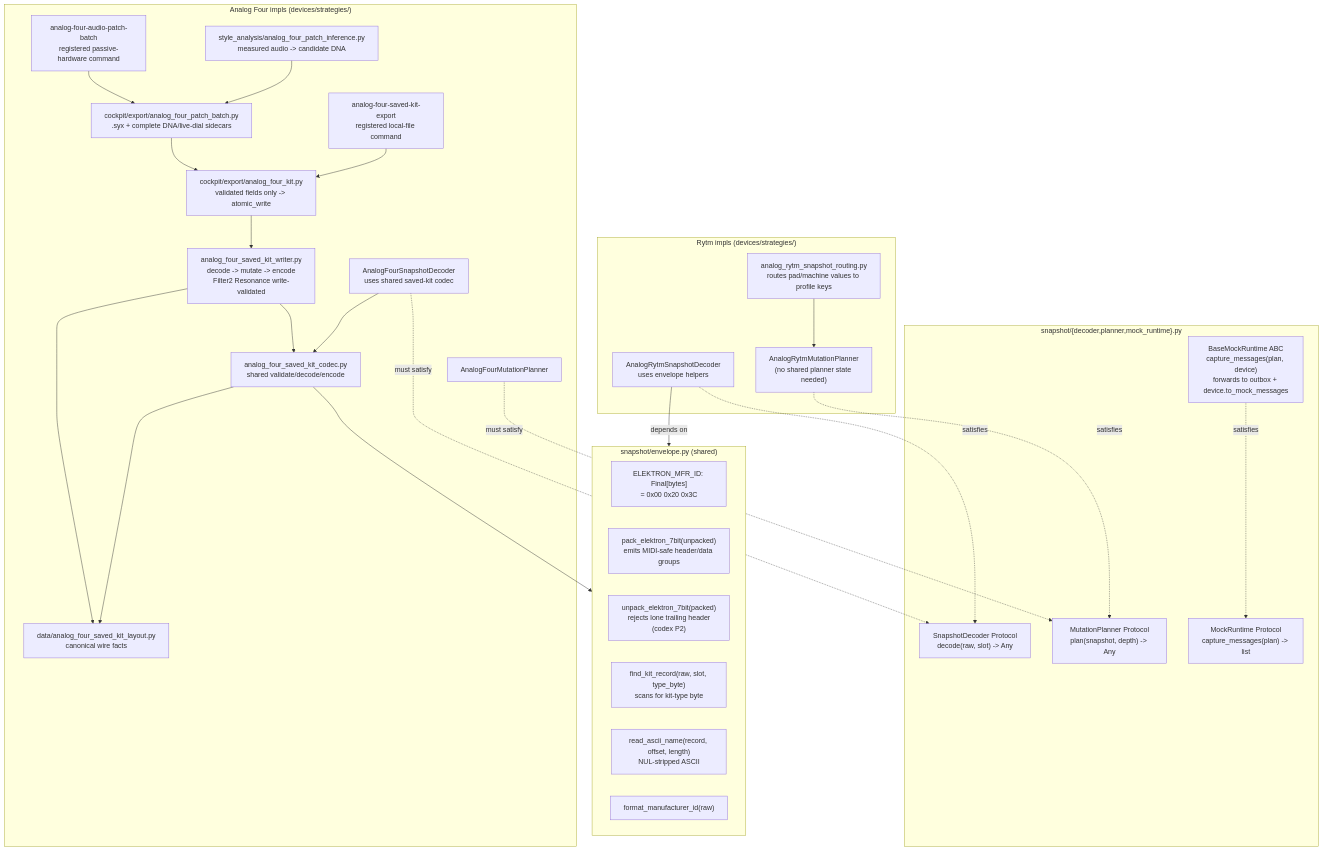
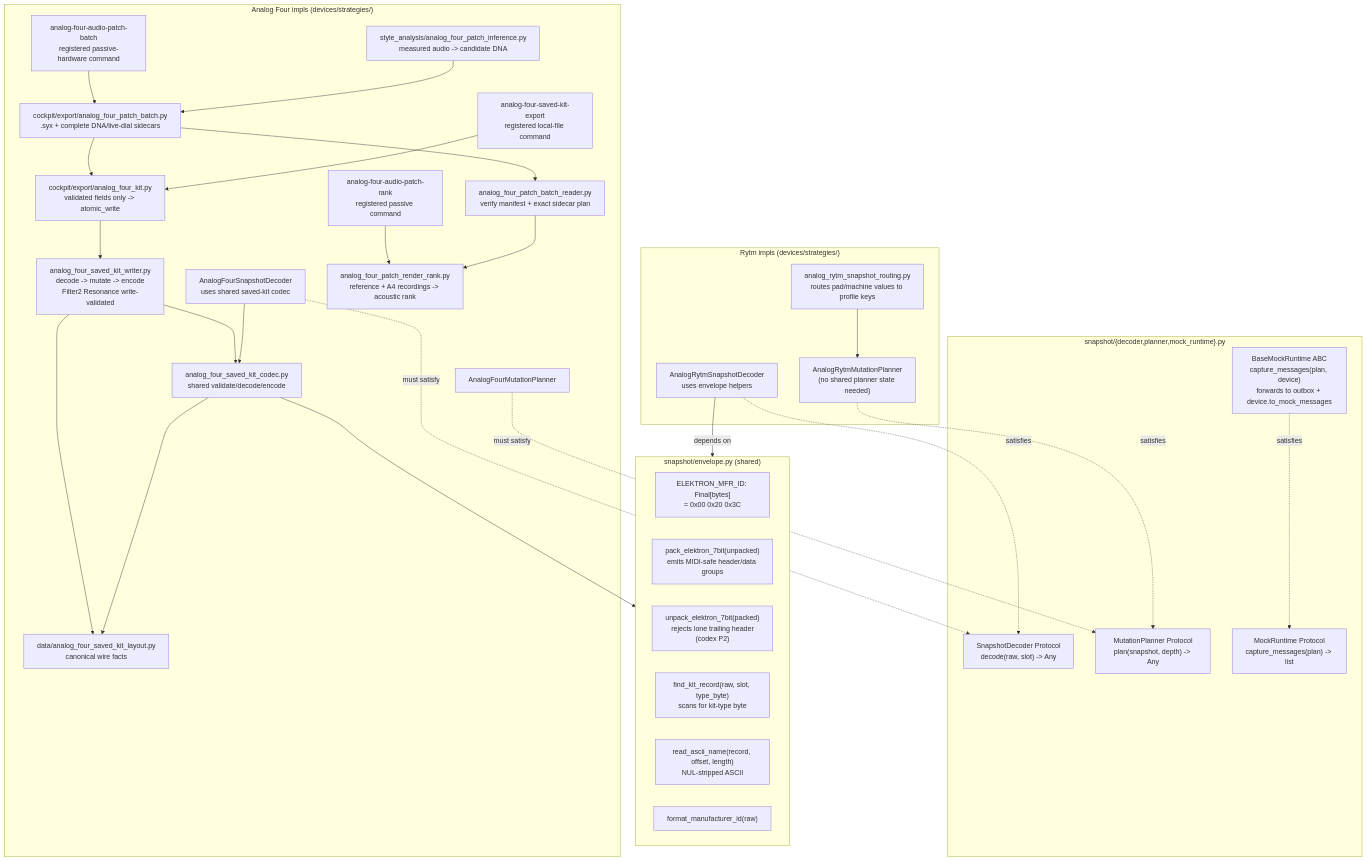
The ninth of 34 diagrams in docs/ARCHITECTURE_DIAGRAMS.md (buzzijose-hub/RytmRandomizer), drawn with Mermaid before and after one commit. The commit also changed other lines of this file and 32 other files, not shown here.

````diff
--- a/docs/ARCHITECTURE_DIAGRAMS.md
+++ b/docs/ARCHITECTURE_DIAGRAMS.md
@@ -714,57 +714,63 @@
 ```mermaid
 flowchart TB
     subgraph Envelope["snapshot/envelope.py (shared)"]
         MFR_ID["ELEKTRON_MFR_ID: Final[bytes]<br/>= 0x00 0x20 0x3C"]
         Pack["pack_elektron_7bit(unpacked)<br/>emits MIDI-safe header/data groups"]
         Unpack["unpack_elektron_7bit(packed)<br/>rejects lone trailing header<br/>(codex P2)"]
         FindKit["find_kit_record(raw, slot, type_byte)<br/>scans for kit-type byte"]
         ReadName["read_ascii_name(record, offset, length)<br/>NUL-stripped ASCII"]
         FormatID["format_manufacturer_id(raw)"]
     end
 
     subgraph Protocols["snapshot/{decoder,planner,mock_runtime}.py"]
         SD["SnapshotDecoder Protocol<br/>decode(raw, slot) -> Any"]
         MP_proto["MutationPlanner Protocol<br/>plan(snapshot, depth) -> Any"]
         MockProto["MockRuntime Protocol<br/>capture_messages(plan) -> list"]
         BaseMockRuntime["BaseMockRuntime ABC<br/>capture_messages(plan, device)<br/>forwards to outbox + device.to_mock_messages"]
     end
 
     subgraph RytmImpls["Rytm impls (devices/strategies/)"]
         RytmDecoder["AnalogRytmSnapshotDecoder<br/>uses envelope helpers"]
         RytmRouter["analog_rytm_snapshot_routing.py<br/>routes pad/machine values to profile keys"]
         RytmPlanner["AnalogRytmMutationPlanner<br/>(no shared planner state needed)"]
     end
 
     subgraph A4Impls["Analog Four impls (devices/strategies/)"]
         A4Layout["data/analog_four_saved_kit_layout.py<br/>canonical wire facts"]
         A4Codec["analog_four_saved_kit_codec.py<br/>shared validate/decode/encode"]
         A4Decoder["AnalogFourSnapshotDecoder<br/>uses shared saved-kit codec"]
         A4Planner["AnalogFourMutationPlanner"]
         A4Writer["analog_four_saved_kit_writer.py<br/>decode -> mutate -> encode<br/>Filter2 Resonance write-validated"]
         A4Export["cockpit/export/analog_four_kit.py<br/>validated fields only -> atomic_write"]
         A4Cli["analog-four-saved-kit-export<br/>registered local-file command"]
         A4Inference["style_analysis/analog_four_patch_inference.py<br/>measured audio -> candidate DNA"]
         A4Batch["cockpit/export/analog_four_patch_batch.py<br/>.syx + complete DNA/live-dial sidecars"]
         A4BatchCli["analog-four-audio-patch-batch<br/>registered passive-hardware command"]
+        A4BatchReader["analog_four_patch_batch_reader.py<br/>verify manifest + exact sidecar plan"]
+        A4RenderRank["analog_four_patch_render_rank.py<br/>reference + A4 recordings -> acoustic rank"]
+        A4RenderRankCli["analog-four-audio-patch-rank<br/>registered passive command"]
     end
 
     RytmDecoder -->|"depends on"| Envelope
     RytmDecoder -.satisfies.-> SD
     RytmRouter --> RytmPlanner
     RytmPlanner -.satisfies.-> MP_proto
 
     A4Codec --> Envelope
     A4Codec --> A4Layout
     A4Decoder --> A4Codec
     A4Decoder -.must satisfy.-> SD
     A4Planner -.must satisfy.-> MP_proto
     A4Writer --> A4Codec
     A4Writer --> A4Layout
     A4Export --> A4Writer
     A4Cli --> A4Export
     A4Inference --> A4Batch
     A4Batch --> A4Export
     A4BatchCli --> A4Batch
+    A4Batch --> A4BatchReader
+    A4BatchReader --> A4RenderRank
+    A4RenderRankCli --> A4RenderRank
 
     BaseMockRuntime -.satisfies.-> MockProto
 ```
````
